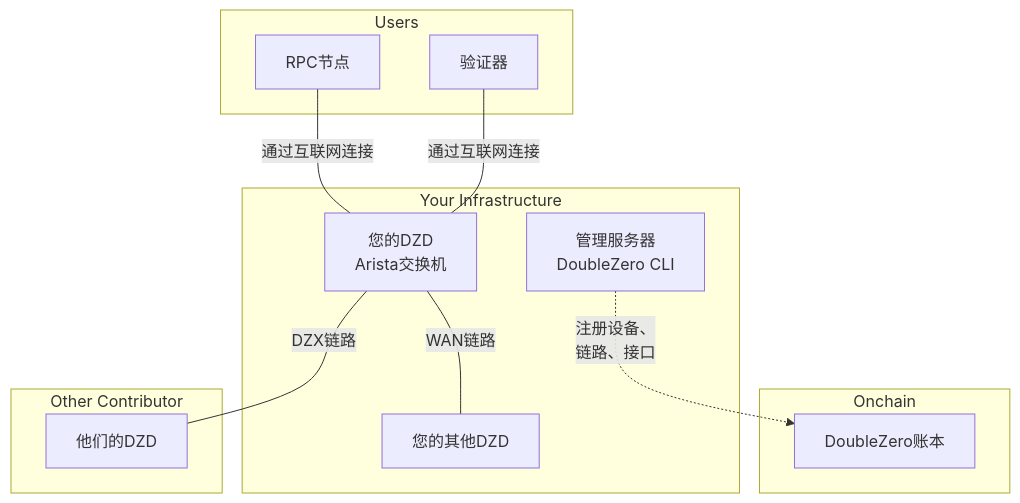
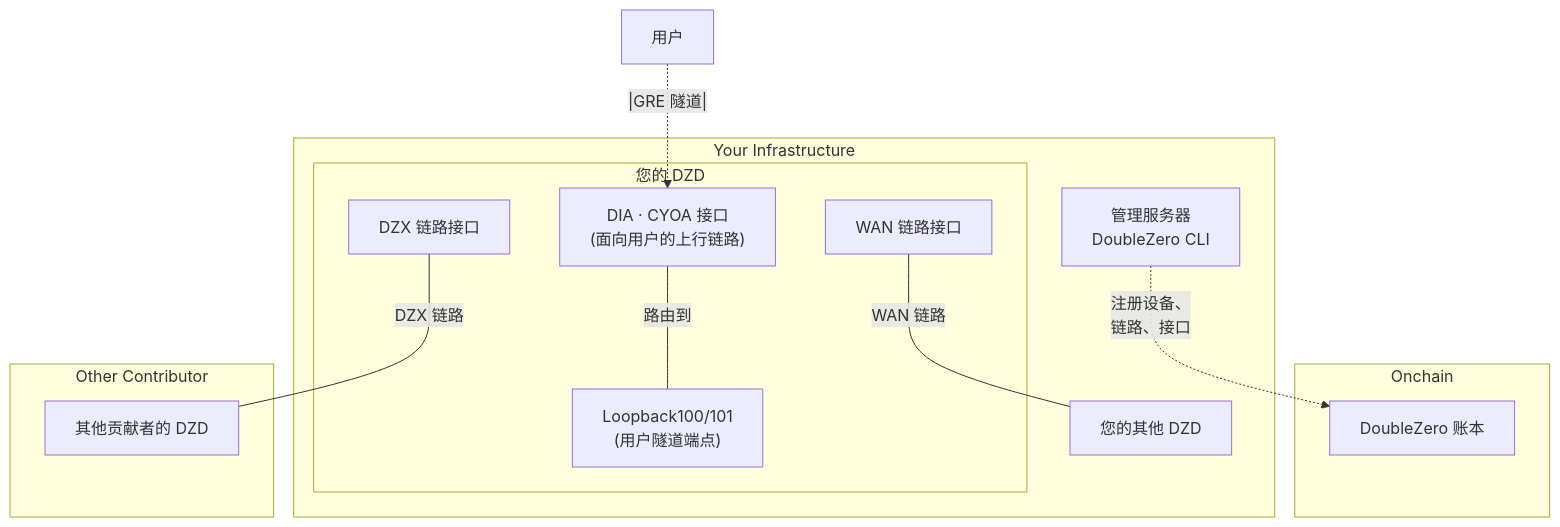
Before and after one commit to malbeclabs/docs: the first of 13 diagrams in docs/contribute-provisioning.zh.md, drawn with Mermaid. The commit also changed other lines of this file and 160 other files, not shown here.

````diff
--- a/docs/contribute-provisioning.zh.md
+++ b/docs/contribute-provisioning.zh.md
@@ -13,26 +50,29 @@
 ```mermaid
 flowchart TB
     subgraph Onchain
-        SC[DoubleZero账本]
+        SC[DoubleZero 账本]
     end
 
     subgraph Your Infrastructure
         MGMT[管理服务器<br/>DoubleZero CLI]
-        DZD[您的DZD<br/>Arista交换机]
-        DZD ---|WAN链路| DZD2[您的其他DZD]
+        subgraph DZD[您的 DZD]
+            CYOA["DIA · CYOA 接口<br/>(面向用户的上行链路)"]
+            WAN_INTF["WAN 链路接口"]
+            DZX_INTF["DZX 链路接口"]
+            LO100["Loopback100/101<br/>(用户隧道端点)"]
+        end
+        DZD2[您的其他 DZD]
     end
 
     subgraph Other Contributor
-        OtherDZD[他们的DZD]
+        OtherDZD[其他贡献者的 DZD]
     end
 
-    subgraph Users
-        VAL[验证器]
-        RPC[RPC节点]
-    end
+    USERS["用户"]
 
     MGMT -.->|注册设备、<br/>链路、接口| SC
-    DZD ---|DZX链路| OtherDZD
-    VAL ---|通过互联网连接| DZD
-    RPC ---|通过互联网连接| DZD
+    WAN_INTF ---|WAN 链路| DZD2
+    DZX_INTF ---|DZX 链路| OtherDZD
+    USERS -.|GRE 隧道|.-> CYOA
+    CYOA ---|路由到| LO100
 ```
````
